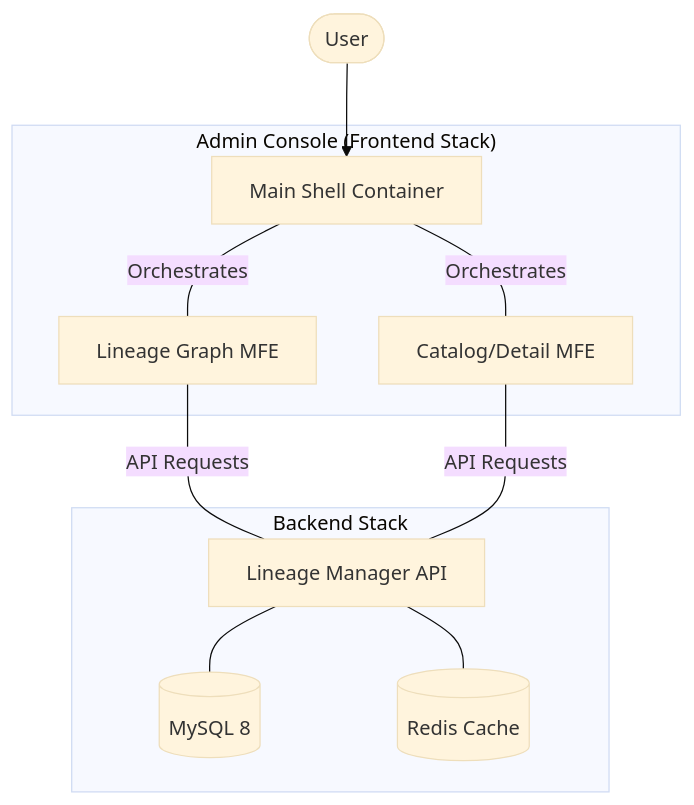
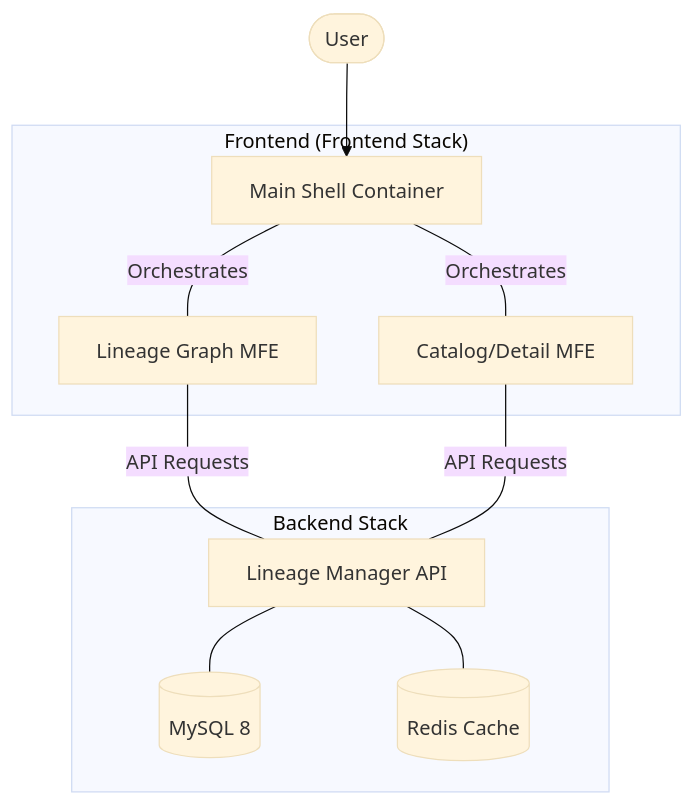
Before and after one commit to zer0pool/graph-viz: the diagram in docs/02.architecture/system-overview.md, drawn with Mermaid (base theme). The commit also changed 320 other files, not shown here.

````diff
--- a/docs/02.architecture/system-overview.md
+++ b/docs/02.architecture/system-overview.md
@@ -27,24 +27,24 @@
 ```mermaid
 graph TD
     User([User])
     
-    subgraph "Admin Console (Frontend Stack)"
+    subgraph "Frontend (Frontend Stack)"
         Shell[Main Shell Container]
         MFE_Lineage[Lineage Graph MFE]
         MFE_Catalog[Catalog/Detail MFE]
     end
     
     subgraph "Backend Stack"
         API[Lineage Manager API]
         DB[(MySQL 8)]
         Redis[(Redis Cache)]
     end
     
     User --> Shell
     Shell -- Orchestrates --- MFE_Lineage
     Shell -- Orchestrates --- MFE_Catalog
     MFE_Lineage -- API Requests --- API
     MFE_Catalog -- API Requests --- API
     API --- DB
     API --- Redis
 ```
````
